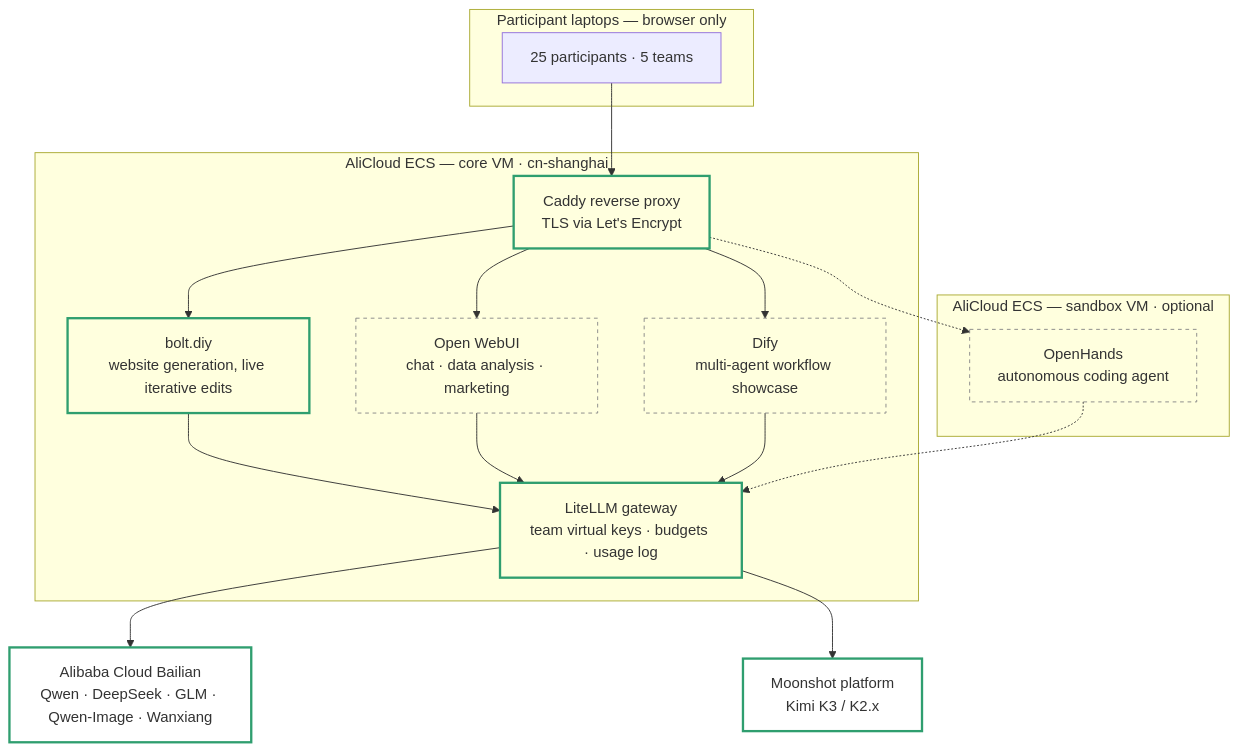
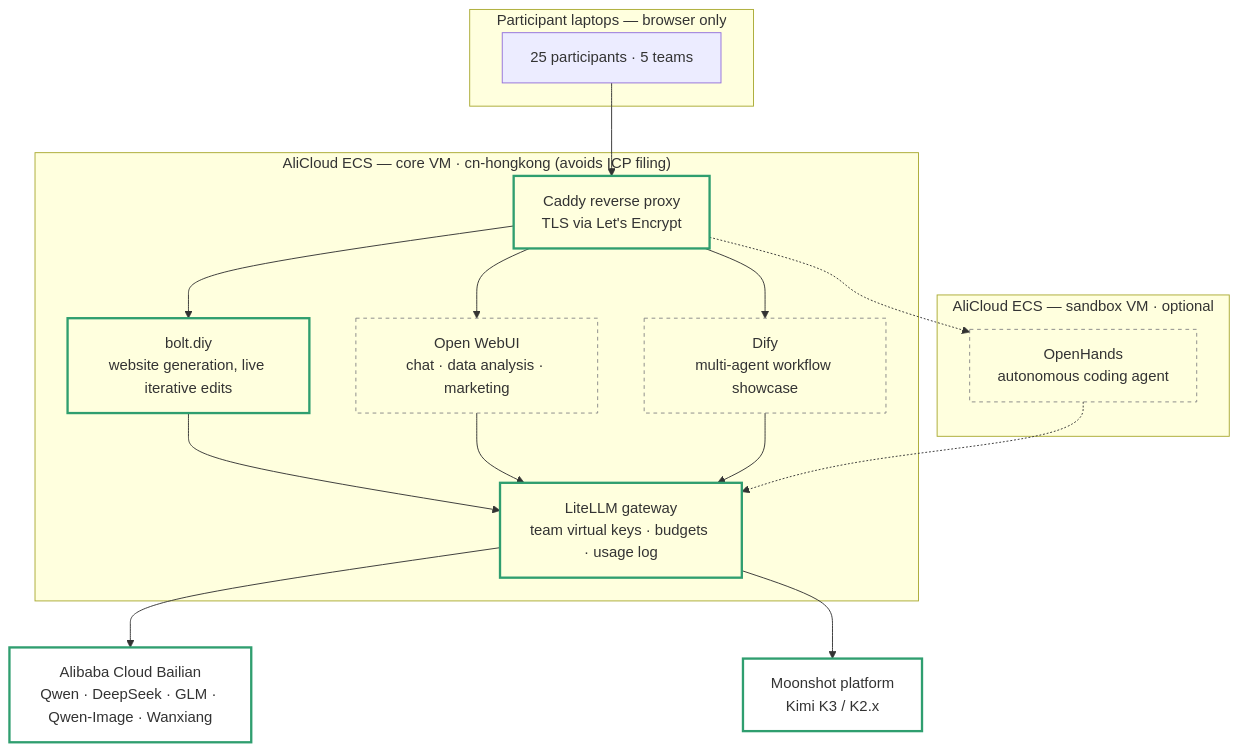
One commit to gsbn-trade/2026_09_hackathon_infra changed the first of 2 diagrams in ARCHITECTURE.md. Above: the diagram before and after it, drawn with Mermaid. The commit also changed 4 other files, not shown here.

First line of the commit message:
Move to cn-hongkong to avoid ICP filing; fix provider profile detection

````diff
--- a/ARCHITECTURE.md
+++ b/ARCHITECTURE.md
@@ -23,32 +23,32 @@
 ```mermaid
 flowchart TB
     subgraph Participants["Participant laptops — browser only"]
         P["25 participants · 5 teams"]
     end
 
     P --> RP["Caddy reverse proxy\nTLS via Let's Encrypt"]
 
-    subgraph CoreVM["AliCloud ECS — core VM · cn-shanghai"]
+    subgraph CoreVM["AliCloud ECS — core VM · cn-hongkong (avoids ICP filing)"]
         RP --> BD["bolt.diy\nwebsite generation, live iterative edits"]
         RP --> OW["Open WebUI\nchat · data analysis · marketing"]
         RP --> DY["Dify\nmulti-agent workflow showcase"]
         BD --> LL["LiteLLM gateway\nteam virtual keys · budgets · usage log"]
         OW --> LL
         DY --> LL
     end
 
     subgraph SandboxVM["AliCloud ECS — sandbox VM · optional"]
         OH["OpenHands\nautonomous coding agent"]
     end
     RP -.-> OH
     OH -.-> LL
 
     LL --> BL["Alibaba Cloud Bailian\nQwen · DeepSeek · GLM · Qwen-Image · Wanxiang"]
     LL --> MS["Moonshot platform\nKimi K3 / K2.x"]
 
     classDef built fill:none,stroke:#2f9e6f,stroke-width:2.5px;
     classDef planned fill:none,stroke:#888888,stroke-width:1px,stroke-dasharray: 4 4;
 
     class RP,BD,LL,BL,MS built
     class OW,DY,OH planned
 ```
````
